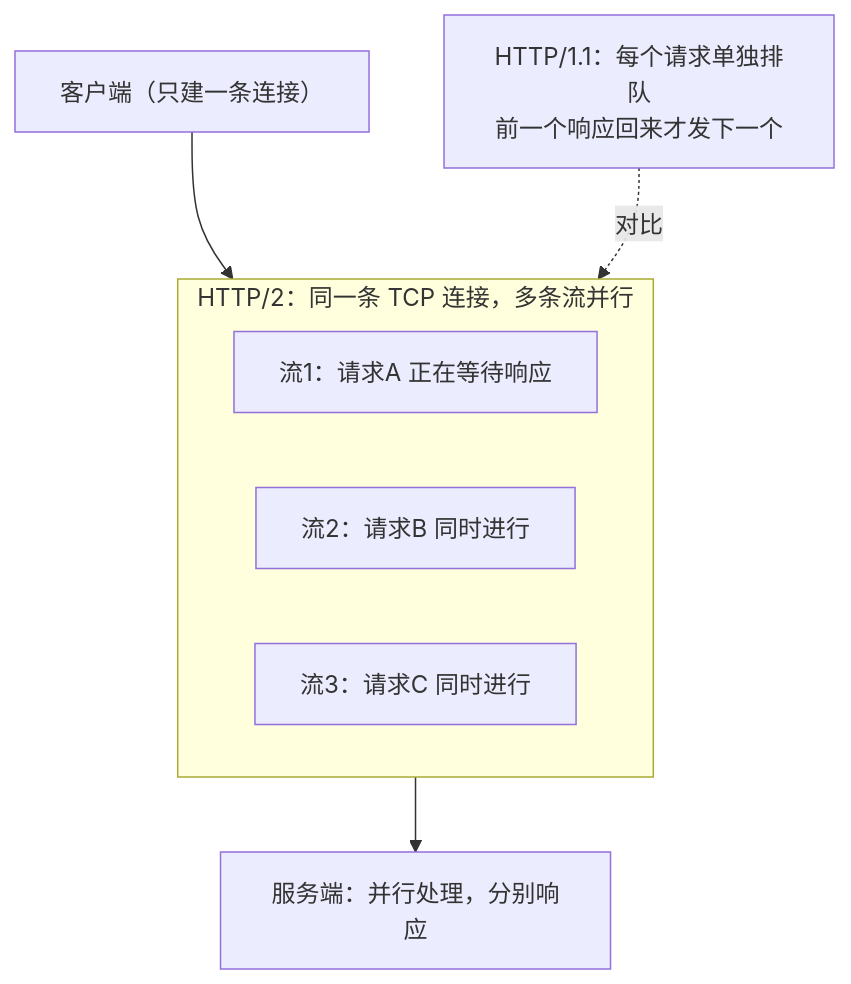
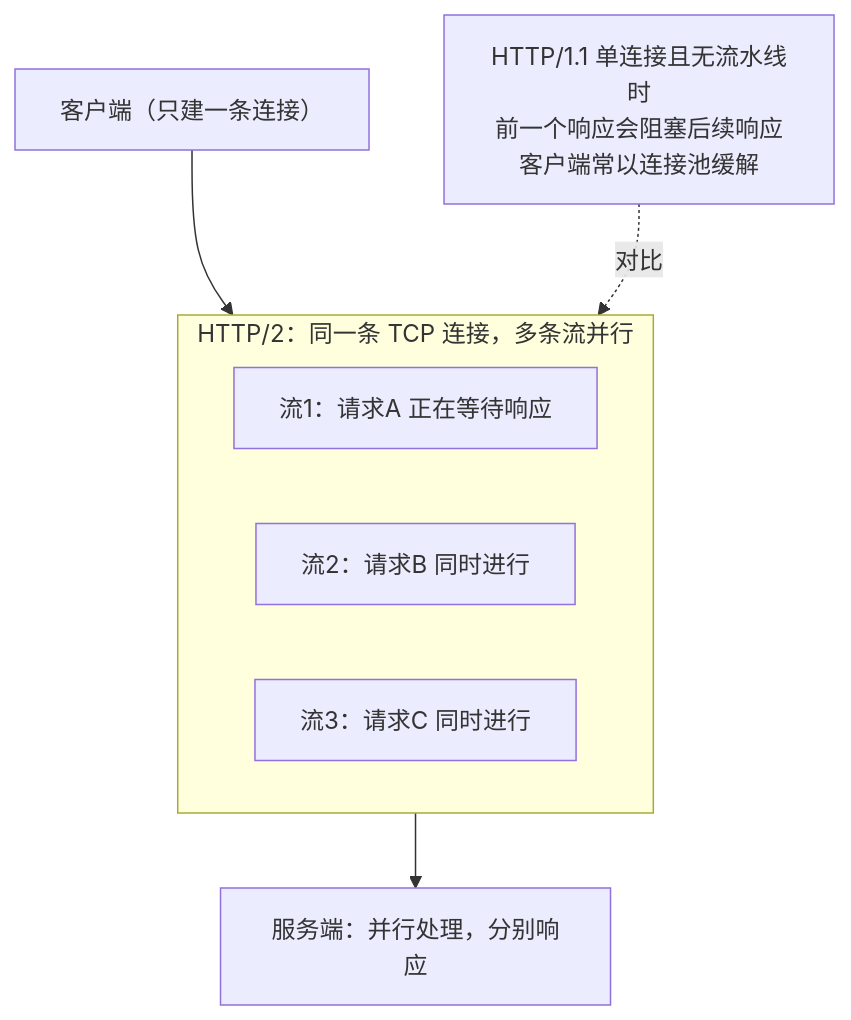
The sixth of 7 diagrams in docs/04-阶段四-微服务架构与分布式系统/05-服务间通信与RPC.md (CrazyForks/java-full-stack), drawn with Mermaid before and after one commit. The commit also changed other lines of this file and 58 other files, not shown here.

````diff
--- a/docs/04-阶段四-微服务架构与分布式系统/05-服务间通信与RPC.md
+++ b/docs/04-阶段四-微服务架构与分布式系统/05-服务间通信与RPC.md
@@ -348,11 +348,11 @@
 ```mermaid
 flowchart TD
     subgraph M["HTTP/2：同一条 TCP 连接，多条流并行"]
         F1["流1：请求A 正在等待响应"]
         F2["流2：请求B 同时进行"]
         F3["流3：请求C 同时进行"]
     end
     C["客户端（只建一条连接）"] --> M
     M --> S["服务端：并行处理，分别响应"]
-    O["HTTP/1.1：每个请求单独排队<br/>前一个响应回来才发下一个"] -. 对比 .-> M
+    O["HTTP/1.1 单连接且无流水线时<br/>前一个响应会阻塞后续响应<br/>客户端常以连接池缓解"] -. 对比 .-> M
 ```
````
